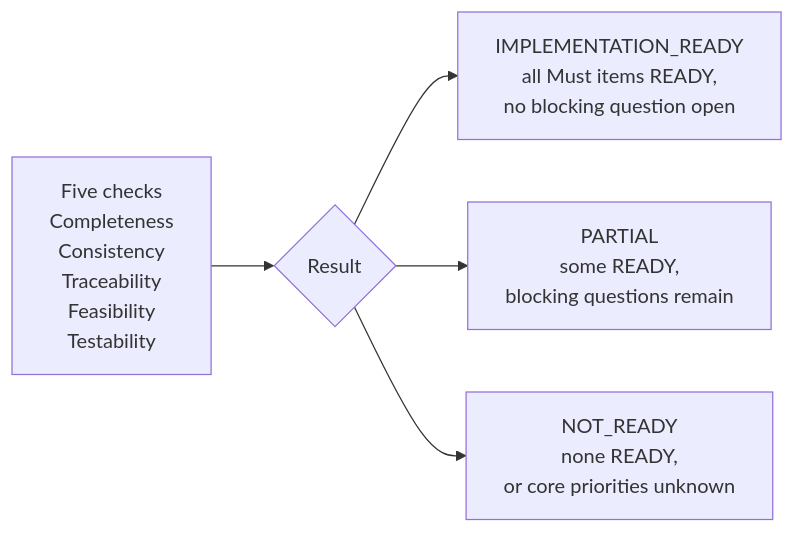
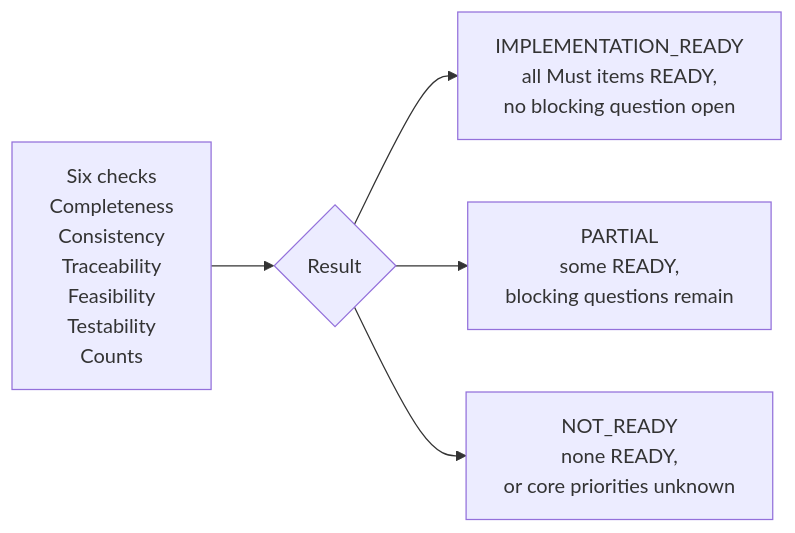
One commit to Anilkumark17/MCP-Skill-integration changed the seventh of 8 diagrams in README.md. Above: the diagram before and after it, drawn with Mermaid. The commit also changed other lines of this file and 27 other files, not shown here.

````diff
--- a/README.md
+++ b/README.md
@@ -102,7 +106,7 @@
 ```mermaid
 flowchart LR
-    V[Five checks<br/>Completeness<br/>Consistency<br/>Traceability<br/>Feasibility<br/>Testability] --> K{Result}
+    V[Six checks<br/>Completeness<br/>Consistency<br/>Traceability<br/>Feasibility<br/>Testability<br/>Counts] --> K{Result}
     K --> A[IMPLEMENTATION_READY<br/>all Must items READY,<br/>no blocking question open]
     K --> B[PARTIAL<br/>some READY,<br/>blocking questions remain]
     K --> C[NOT_READY<br/>none READY,<br/>or core priorities unknown]
 ```
````
